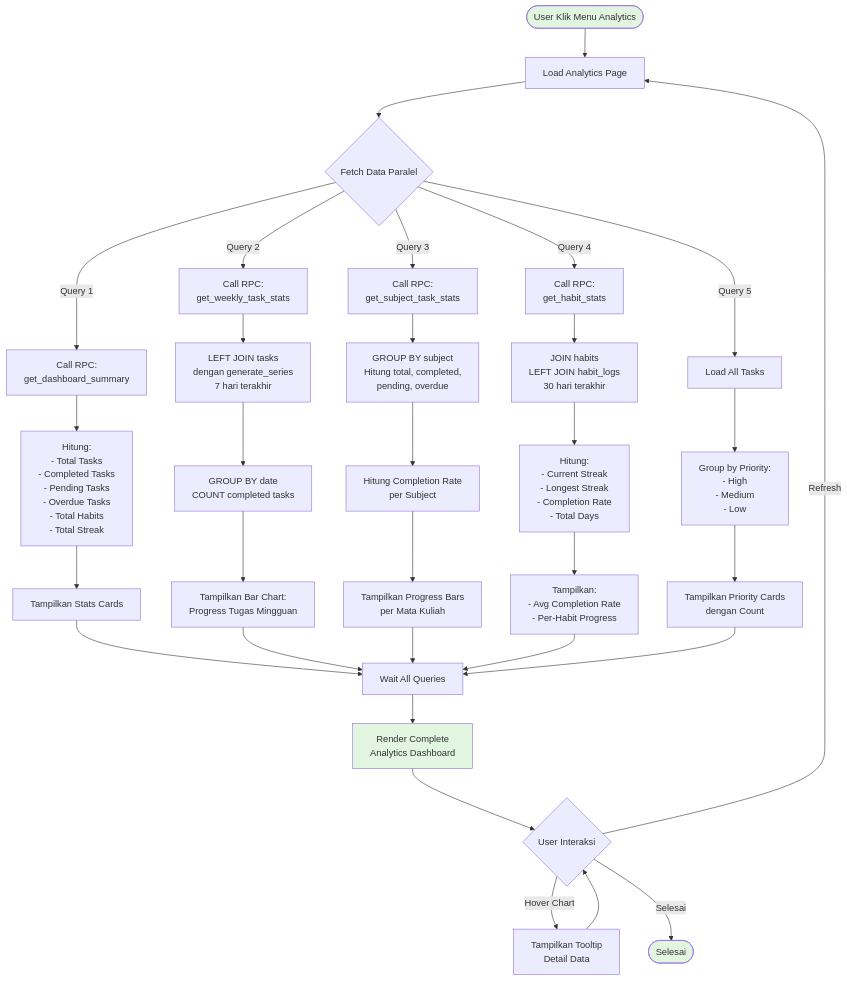
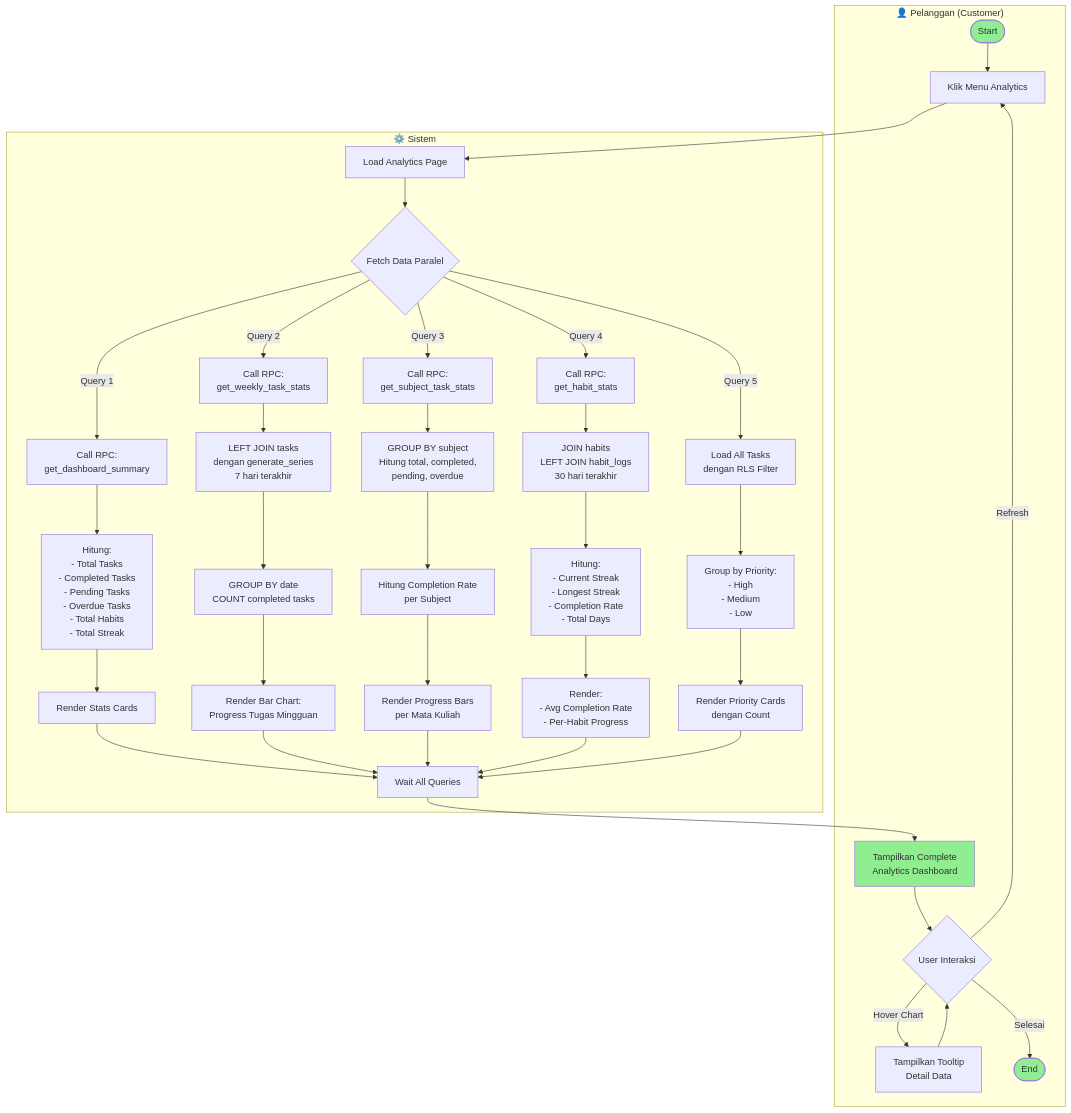
One commit to FarhanEfendi21/FlowDay changed the seventh of 12 diagrams in ACTIVITY_DIAGRAMS.md. Above: the diagram before and after it, drawn with Mermaid. The commit also changed other lines of this file and 2 other files, not shown here.

Commit message:
fix activity diagram

````diff
--- a/ACTIVITY_DIAGRAMS.md
+++ b/ACTIVITY_DIAGRAMS.md
@@ -354,54 +426,58 @@
 ```mermaid
 graph TD
-    Start([User Klik Menu Analytics]) --> LoadPage[Load Analytics Page]
-    LoadPage --> ParallelFetch{Fetch Data Paralel}
+    subgraph User["👤 Pelanggan (Customer)"]
+        Start([Start]) --> ClickMenu[Klik Menu Analytics]
+        RenderComplete[Tampilkan Complete<br/>Analytics Dashboard] --> UserInteract{User Interaksi}
+        UserInteract -->|Hover Chart| ShowTooltip[Tampilkan Tooltip<br/>Detail Data]
+        ShowTooltip --> UserInteract
+        UserInteract -->|Refresh| ClickMenu
+        UserInteract -->|Selesai| End([End])
+    end
     
-    %% DASHBOARD SUMMARY
-    ParallelFetch -->|Query 1| CallSummary[Call RPC:<br/>get_dashboard_summary]
-    CallSummary --> CalcSummary[Hitung:<br/>- Total Tasks<br/>- Completed Tasks<br/>- Pending Tasks<br/>- Overdue Tasks<br/>- Total Habits<br/>- Total Streak]
-    CalcSummary --> DisplayCards[Tampilkan Stats Cards]
+    subgraph System["⚙️ Sistem"]
+        LoadPage[Load Analytics Page]
+        LoadPage --> ParallelFetch{Fetch Data Paralel}
+        
+        %% DASHBOARD SUMMARY
+        ParallelFetch -->|Query 1| CallSummary[Call RPC:<br/>get_dashboard_summary]
+        CallSummary --> CalcSummary[Hitung:<br/>- Total Tasks<br/>- Completed Tasks<br/>- Pending Tasks<br/>- Overdue Tasks<br/>- Total Habits<br/>- Total Streak]
+        CalcSummary --> DisplayCards[Render Stats Cards]
+        
+        %% WEEKLY STATS
+        ParallelFetch -->|Query 2| CallWeekly[Call RPC:<br/>get_weekly_task_stats]
+        CallWeekly --> JoinWeekly[LEFT JOIN tasks<br/>dengan generate_series<br/>7 hari terakhir]
+        JoinWeekly --> GroupByDate[GROUP BY date<br/>COUNT completed tasks]
+        GroupByDate --> DisplayChart[Render Bar Chart:<br/>Progress Tugas Mingguan]
+        
+        %% SUBJECT STATS
+        ParallelFetch -->|Query 3| CallSubject[Call RPC:<br/>get_subject_task_stats]
+        CallSubject --> GroupBySubject[GROUP BY subject<br/>Hitung total, completed,<br/>pending, overdue]
+        GroupBySubject --> CalcCompletion[Hitung Completion Rate<br/>per Subject]
+        CalcCompletion --> DisplayProgress[Render Progress Bars<br/>per Mata Kuliah]
+        
+        %% HABIT STATS
+        ParallelFetch -->|Query 4| CallHabit[Call RPC:<br/>get_habit_stats]
+        CallHabit --> JoinHabitLogs[JOIN habits<br/>LEFT JOIN habit_logs<br/>30 hari terakhir]
+        JoinHabitLogs --> CalcHabitStats[Hitung:<br/>- Current Streak<br/>- Longest Streak<br/>- Completion Rate<br/>- Total Days]
+        CalcHabitStats --> DisplayHabitChart[Render:<br/>- Avg Completion Rate<br/>- Per-Habit Progress]
+        
+        %% PRIORITY BREAKDOWN
+        ParallelFetch -->|Query 5| LoadTasks[Load All Tasks<br/>dengan RLS Filter]
+        LoadTasks --> GroupByPriority[Group by Priority:<br/>- High<br/>- Medium<br/>- Low]
+        GroupByPriority --> DisplayPriority[Render Priority Cards<br/>dengan Count]
+        
+        %% COMBINE ALL
+        DisplayCards --> WaitAll[Wait All Queries]
+        DisplayChart --> WaitAll
+        DisplayProgress --> WaitAll
+        DisplayHabitChart --> WaitAll
+        DisplayPriority --> WaitAll
+        WaitAll --> RenderComplete
+    end
     
-    %% WEEKLY STATS
-    ParallelFetch -->|Query 2| CallWeekly[Call RPC:<br/>get_weekly_task_stats]
-    CallWeekly --> JoinWeekly[LEFT JOIN tasks<br/>dengan generate_series<br/>7 hari terakhir]
-    JoinWeekly --> GroupByDate[GROUP BY date<br/>COUNT completed tasks]
-    GroupByDate --> DisplayChart[Tampilkan Bar Chart:<br/>Progress Tugas Mingguan]
-    
-    %% SUBJECT STATS
-    ParallelFetch -->|Query 3| CallSubject[Call RPC:<br/>get_subject_task_stats]
-    CallSubject --> GroupBySubject[GROUP BY subject<br/>Hitung total, completed,<br/>pending, overdue]
-    GroupBySubject --> CalcCompletion[Hitung Completion Rate<br/>per Subject]
-    CalcCompletion --> DisplayProgress[Tampilkan Progress Bars<br/>per Mata Kuliah]
-    
-    %% HABIT STATS
-    ParallelFetch -->|Query 4| CallHabit[Call RPC:<br/>get_habit_stats]
-    CallHabit --> JoinHabitLogs[JOIN habits<br/>LEFT JOIN habit_logs<br/>30 hari terakhir]
-    JoinHabitLogs --> CalcHabitStats[Hitung:<br/>- Current Streak<br/>- Longest Streak<br/>- Completion Rate<br/>- Total Days]
-    CalcHabitStats --> DisplayHabitChart[Tampilkan:<br/>- Avg Completion Rate<br/>- Per-Habit Progress]
-    
-    %% PRIORITY BREAKDOWN
-    ParallelFetch -->|Query 5| LoadTasks[Load All Tasks]
-    LoadTasks --> GroupByPriority[Group by Priority:<br/>- High<br/>- Medium<br/>- Low]
-    GroupByPriority --> DisplayPriority[Tampilkan Priority Cards<br/>dengan Count]
-    
-    %% COMBINE ALL
-    DisplayCards --> WaitAll[Wait All Queries]
-    DisplayChart --> WaitAll
-    DisplayProgress --> WaitAll
-    DisplayHabitChart --> WaitAll
-    DisplayPriority --> WaitAll
-    
-    WaitAll --> RenderComplete[Render Complete<br/>Analytics Dashboard]
-    RenderComplete --> UserInteract{User Interaksi}
-    
-    UserInteract -->|Hover Chart| ShowTooltip[Tampilkan Tooltip<br/>Detail Data]
-    ShowTooltip --> UserInteract
-    
-    UserInteract -->|Refresh| LoadPage
-    
-    UserInteract -->|Selesai| End([Selesai])
+    ClickMenu --> LoadPage
 
-    style Start fill:#e1f5e1
-    style End fill:#e1f5e1
-    style RenderComplete fill:#e1f5e1
+    style Start fill:#90EE90
+    style End fill:#90EE90
+    style RenderComplete fill:#90EE90
 ```
````
